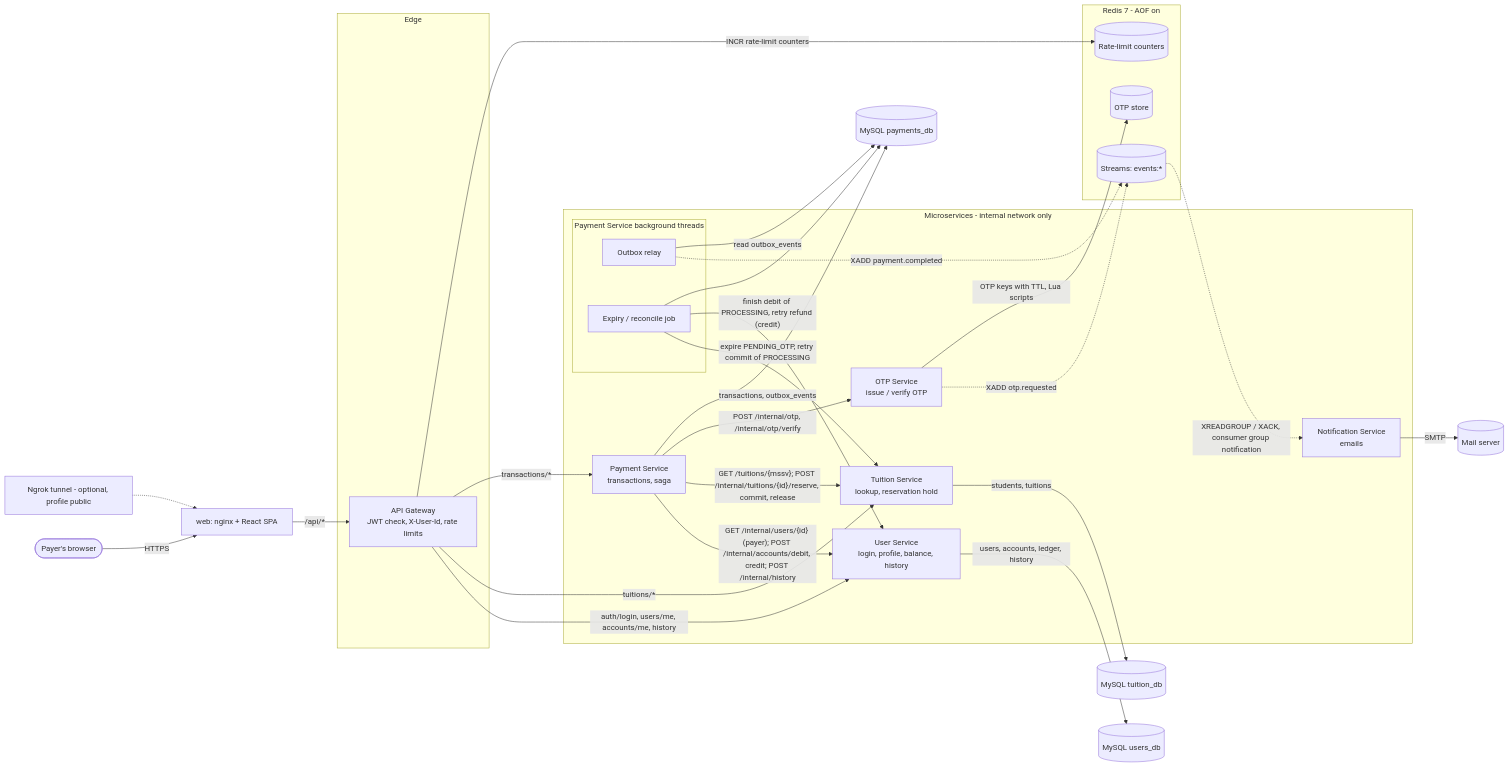
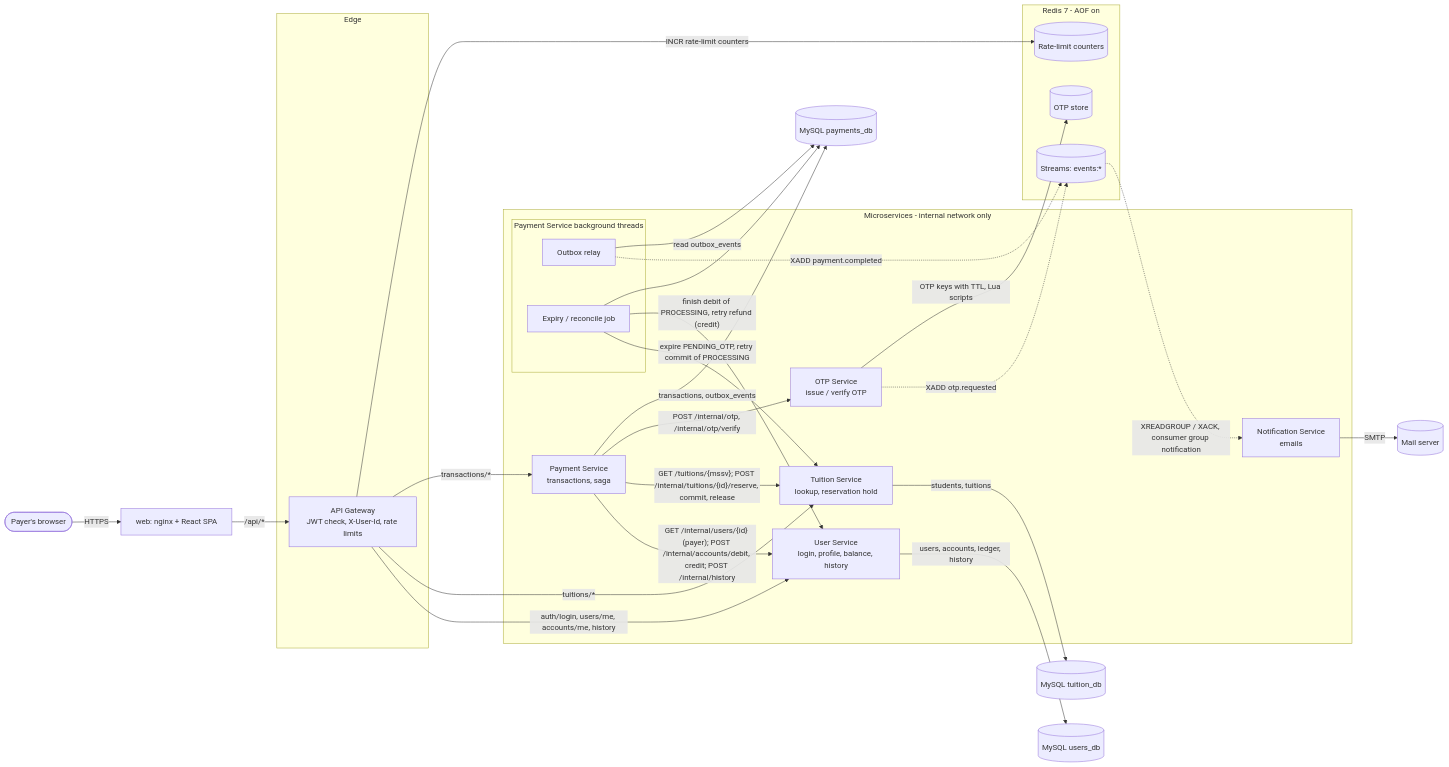
One commit to JamesJoys-vie/SOA-Midterm---iBanking-subsystem changed the diagram in docs/diagrams/architecture.mmd. Above: the diagram before and after it, drawn with Mermaid. The commit also changed 4 other files, not shown here.

```diff
--- a/docs/diagrams/architecture.mmd
+++ b/docs/diagrams/architecture.mmd
@@ -1,51 +1,50 @@
 flowchart LR
   %% Solid arrows: synchronous REST/HTTP calls. Dashed arrows: asynchronous events on Redis Streams.
   %% Service responsibilities and the full call list: docs/design/services.md
   User([Payer's browser]) -->|HTTPS| WEB
-  NG[Ngrok tunnel - optional, profile public] -.-> WEB
   WEB[web: nginx + React SPA] -->|"/api/*"| GW
 
   subgraph EDGE [Edge]
     GW[API Gateway<br/>JWT check, X-User-Id, rate limits]
   end
 
   subgraph SERVICES [Microservices - internal network only]
     US[User Service<br/>login, profile, balance, history]
     TS[Tuition Service<br/>lookup, reservation hold]
     PS[Payment Service<br/>transactions, saga]
     OTP[OTP Service<br/>issue / verify OTP]
     NS[Notification Service<br/>emails]
     subgraph PSW [Payment Service background threads]
       OR[Outbox relay]
       EJ[Expiry / reconcile job]
     end
   end
 
   GW -->|"auth/login, users/me, accounts/me, history"| US
   GW -->|"tuitions/*"| TS
   GW -->|"transactions/*"| PS
   GW -->|INCR rate-limit counters| RL
 
   PS -->|"GET /internal/users/{id} (payer); POST /internal/accounts/debit, credit; POST /internal/history"| US
   PS -->|"GET /tuitions/{mssv}; POST /internal/tuitions/{id}/reserve, commit, release"| TS
   PS -->|"POST /internal/otp, /internal/otp/verify"| OTP
   EJ -->|"expire PENDING_OTP, retry commit of PROCESSING"| TS
   EJ -->|"finish debit of PROCESSING, retry refund (credit)"| US
 
   OR -.->|"XADD payment.completed"| RS
   OTP -.->|"XADD otp.requested"| RS
   RS -.->|"XREADGROUP / XACK, consumer group notification"| NS
   NS -->|SMTP| MAIL[(Mail server)]
 
   US -->|"users, accounts, ledger, history"| DB1[(MySQL users_db)]
   TS -->|"students, tuitions"| DB3[(MySQL tuition_db)]
   PS -->|"transactions, outbox_events"| DB2[(MySQL payments_db)]
   OR -->|read outbox_events| DB2
   EJ --> DB2
   OTP -->|OTP keys with TTL, Lua scripts| R
 
   subgraph REDIS [Redis 7 - AOF on]
     R[(OTP store)]
     RL[(Rate-limit counters)]
     RS[(Streams: events:*)]
   end
```
